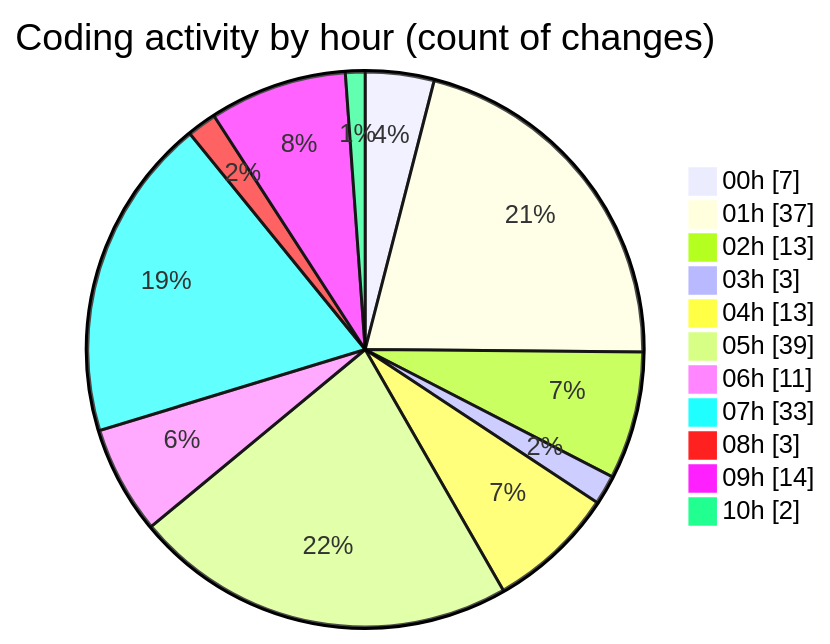
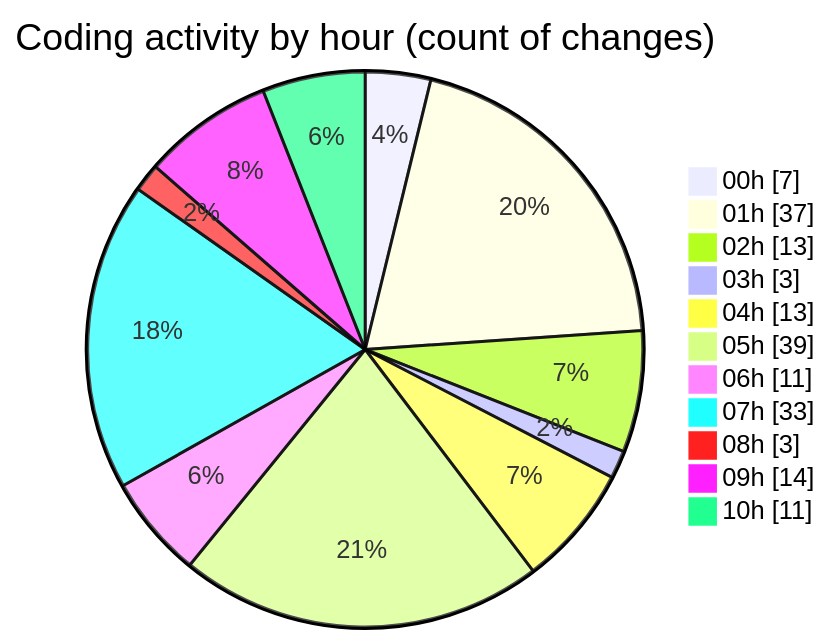
Before and after one commit to charlie-sans/code-tracking: the second of 2 diagrams in 2025-02-23/micros/README.md, drawn with Mermaid. The commit also changed other lines of this file and 1 other file, not shown here.

````diff
--- a/2025-02-23/micros/README.md
+++ b/2025-02-23/micros/README.md
@@ -70,15 +70,15 @@
 ```mermaid
 pie showData
 title Coding activity by hour (count of changes)
 "00h" : 7
 "01h" : 37
 "02h" : 13
 "03h" : 3
 "04h" : 13
 "05h" : 39
 "06h" : 11
 "07h" : 33
 "08h" : 3
 "09h" : 14
-"10h" : 2
+"10h" : 11
 ```
````
